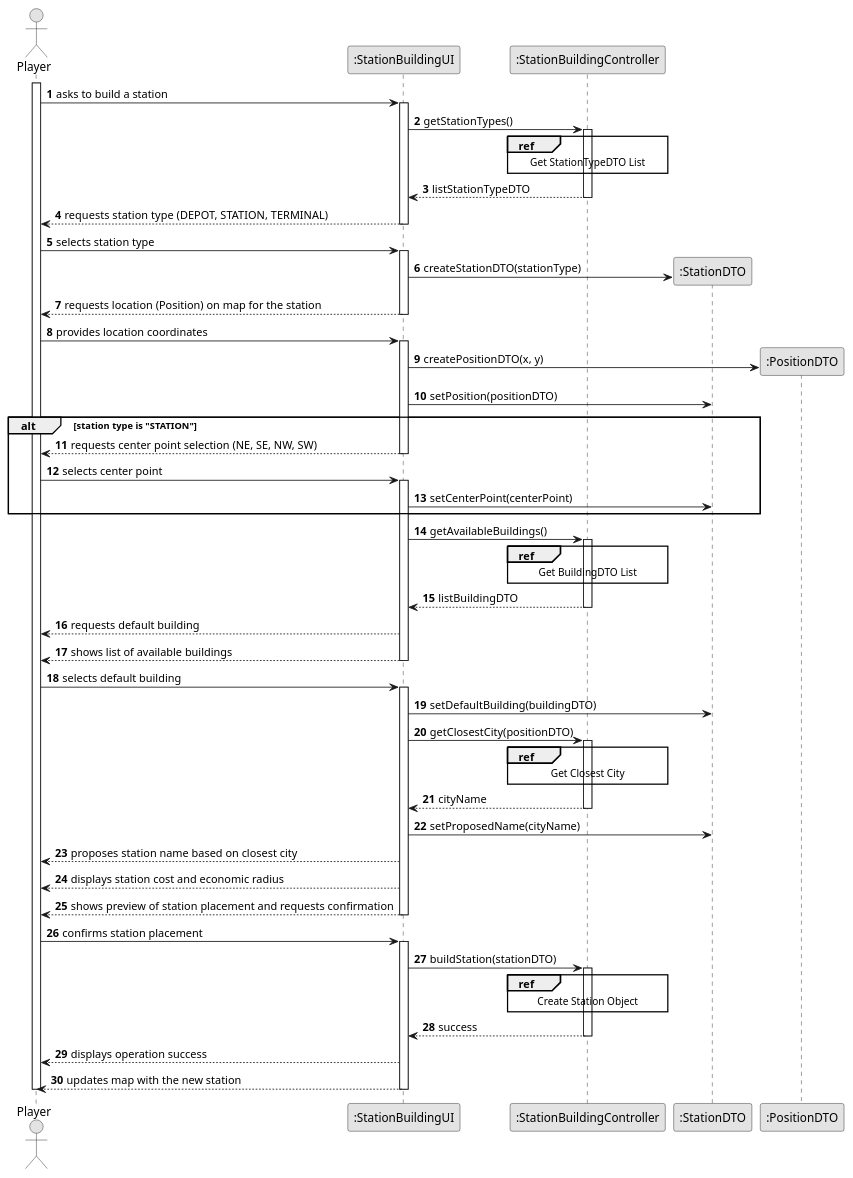
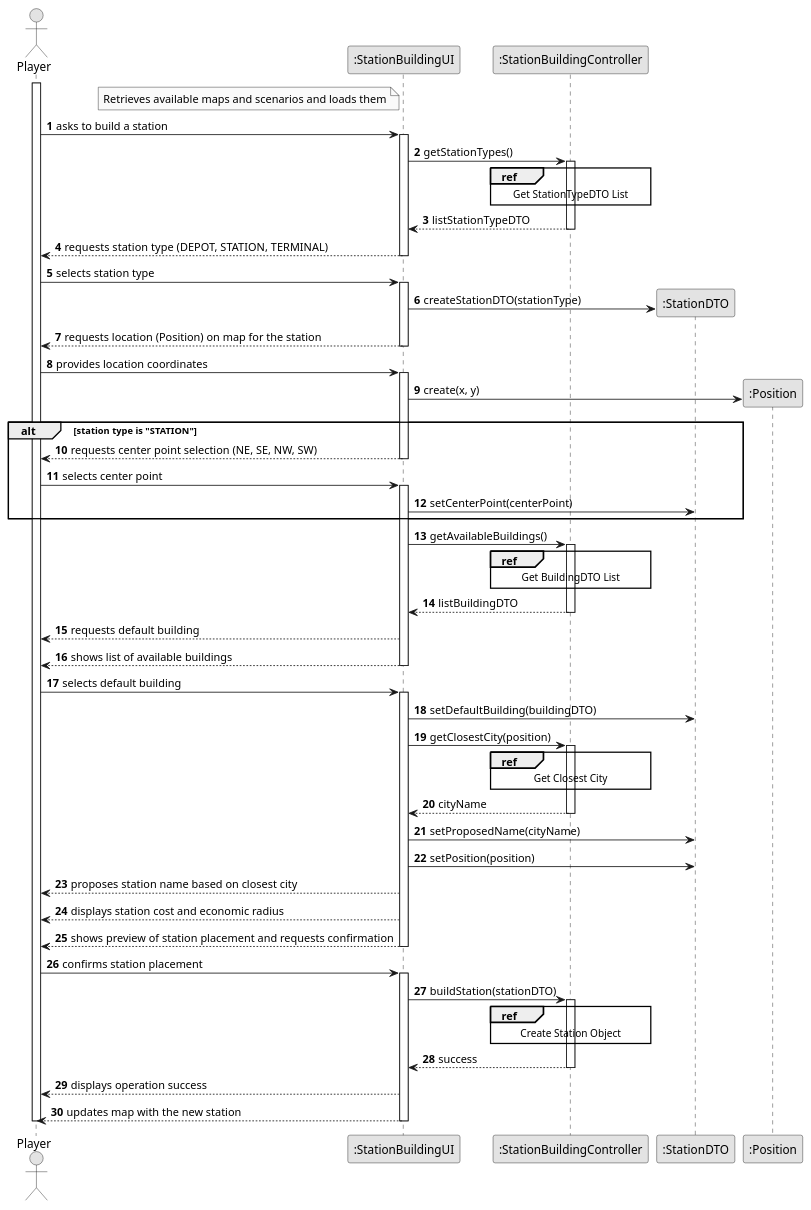
Before and after one commit to HenriqueSilva18/Railway-Network-Simulator: the diagram in docs/system-documentation/Sprint 3/US05/03.design/puml/US05-SD-split.puml, drawn with PlantUML. The commit also changed 11 other files, not shown here.

```diff
--- a/docs/system-documentation/Sprint 3/US05/03.design/puml/US05-SD-split.puml
+++ b/docs/system-documentation/Sprint 3/US05/03.design/puml/US05-SD-split.puml
@@ -1,98 +1,100 @@
 @startuml
 skinparam monochrome true
 skinparam packageStyle rectangle
 skinparam shadowing false
 
 autonumber
 
 actor "Player" as PLAYER
 
 participant ":StationBuildingUI" as UI
 participant ":StationBuildingController" as CTRL
 participant ":StationDTO" as STATION_DTO
-participant ":PositionDTO" as POS_DTO
+participant ":Position" as POSITION
 
 activate PLAYER
 
+note left of UI
+    Retrieves available maps and scenarios and loads them
+end note
     PLAYER -> UI : asks to build a station
     activate UI
         UI -> CTRL : getStationTypes()
         activate CTRL
             ref over CTRL
                 Get StationTypeDTO List
             end ref
             CTRL --> UI : listStationTypeDTO
         deactivate CTRL
 
         UI --> PLAYER : requests station type (DEPOT, STATION, TERMINAL)
     deactivate UI
 
     PLAYER -> UI : selects station type
     activate UI
         UI -> STATION_DTO** : createStationDTO(stationType)
         UI --> PLAYER : requests location (Position) on map for the station
     deactivate UI
 
     PLAYER -> UI : provides location coordinates
     activate UI
-        UI -> POS_DTO** : createPositionDTO(x, y)
-        UI -> STATION_DTO : setPosition(positionDTO)
+        UI -> POSITION** : create(x, y)
 
         alt station type is "STATION"
             UI --> PLAYER : requests center point selection (NE, SE, NW, SW)
             deactivate UI
 
             PLAYER -> UI : selects center point
             activate UI
             UI -> STATION_DTO : setCenterPoint(centerPoint)
         end
 
         UI -> CTRL : getAvailableBuildings()
         activate CTRL
             ref over CTRL
                 Get BuildingDTO List
             end ref
             CTRL --> UI : listBuildingDTO
         deactivate CTRL
 
         UI --> PLAYER : requests default building
         UI --> PLAYER : shows list of available buildings
     deactivate UI
 
     PLAYER -> UI : selects default building
     activate UI
         UI -> STATION_DTO : setDefaultBuilding(buildingDTO)
         
-        UI -> CTRL : getClosestCity(positionDTO)
+        UI -> CTRL : getClosestCity(position)
         activate CTRL
             ref over CTRL
                 Get Closest City
             end ref
             CTRL --> UI : cityName
         deactivate CTRL
 
         UI -> STATION_DTO : setProposedName(cityName)
-
+        UI -> STATION_DTO : setPosition(position)
 
         UI --> PLAYER : proposes station name based on closest city
         UI --> PLAYER : displays station cost and economic radius
         UI --> PLAYER : shows preview of station placement and requests confirmation
     deactivate UI
 
     PLAYER -> UI : confirms station placement
     activate UI
         UI -> CTRL : buildStation(stationDTO)
         activate CTRL
             ref over CTRL
                 Create Station Object
             end ref
             CTRL --> UI : success
         deactivate CTRL
 
         UI --> PLAYER : displays operation success
         UI --> PLAYER : updates map with the new station
     deactivate UI
 
 deactivate PLAYER
 
 @enduml 
```
